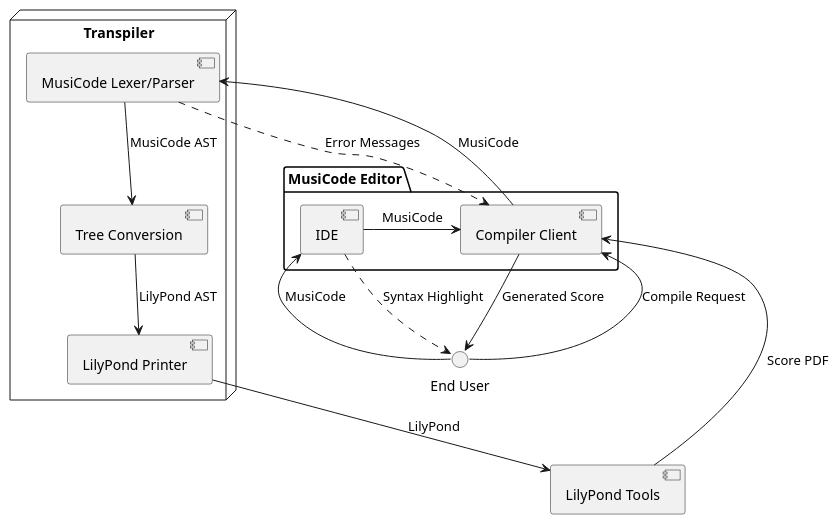
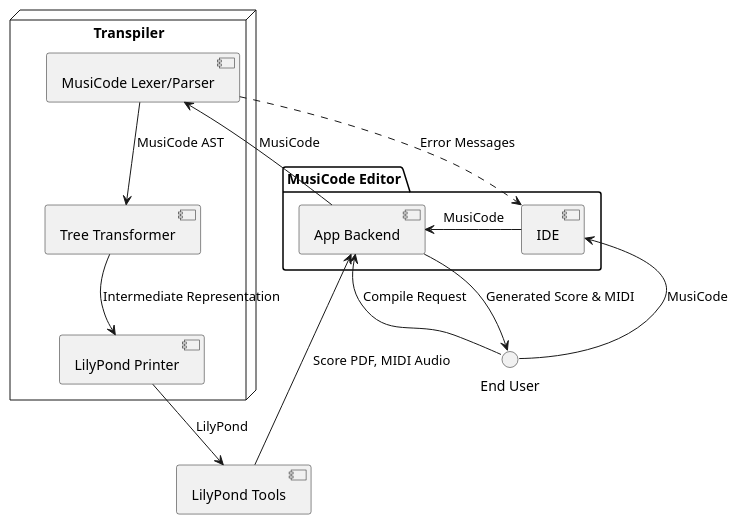
One commit to russotiro/musicode changed the diagram in system_eng/diagram.puml. Above: the diagram before and after it, drawn with PlantUML.

Commit message:
Update system engineering diagram

```diff
--- a/system_eng/diagram.puml
+++ b/system_eng/diagram.puml
@@ -1,29 +1,28 @@
 @startuml 
 
 package "MusiCode Editor" {
     component [IDE]
-    component [Compiler Client]
+    component [App Backend]
 }
 interface "End User"
 node "Transpiler" {
     component [MusiCode Lexer/Parser]
-    component [Tree Conversion]
+    component [Tree Transformer]
     component [LilyPond Printer]
 }
 component [LilyPond Tools]
 
-[End User] --> [IDE] : MusiCode
-[IDE] ..> [End User] : Syntax Highlight
-[IDE] -> [Compiler Client] : MusiCode
-[End User] --> [Compiler Client] : Compile Request
-[Compiler Client] --> [End User] : Generated Score
+[End User] -u-> [IDE] : MusiCode
+[IDE] -> [App Backend] : MusiCode
+[End User] --> [App Backend] : Compile Request
+[App Backend] --> [End User] : Generated Score & MIDI 
 
-[Compiler Client] --> [MusiCode Lexer/Parser] : MusiCode
-[MusiCode Lexer/Parser] ..> [Compiler Client] : Error Messages
-[MusiCode Lexer/Parser] --> [Tree Conversion] : MusiCode AST 
-[Tree Conversion] --> [LilyPond Printer] : LilyPond AST
+[App Backend] --> [MusiCode Lexer/Parser] : MusiCode
+[MusiCode Lexer/Parser] ..> [IDE] : Error Messages
+[MusiCode Lexer/Parser] --> [Tree Transformer] : MusiCode AST 
+[Tree Transformer] --> [LilyPond Printer] : Intermediate Representation
 [LilyPond Printer] --> [LilyPond Tools] : LilyPond 
 
-[LilyPond Tools] --> [Compiler Client] : Score PDF
+[LilyPond Tools] --> [App Backend] : Score PDF, MIDI Audio 
 
 @enduml
```
